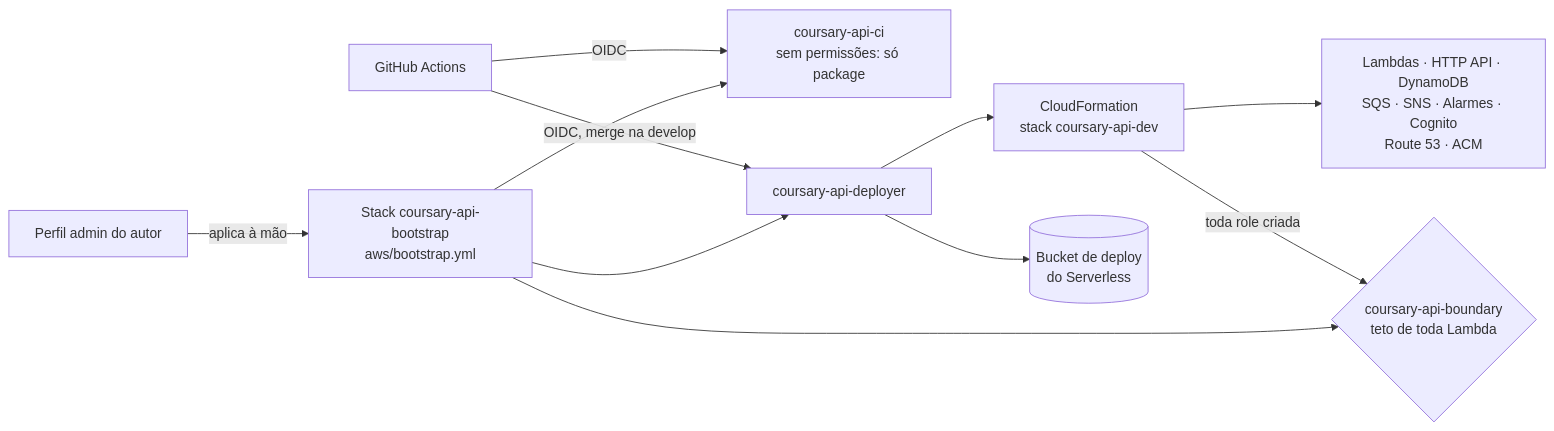
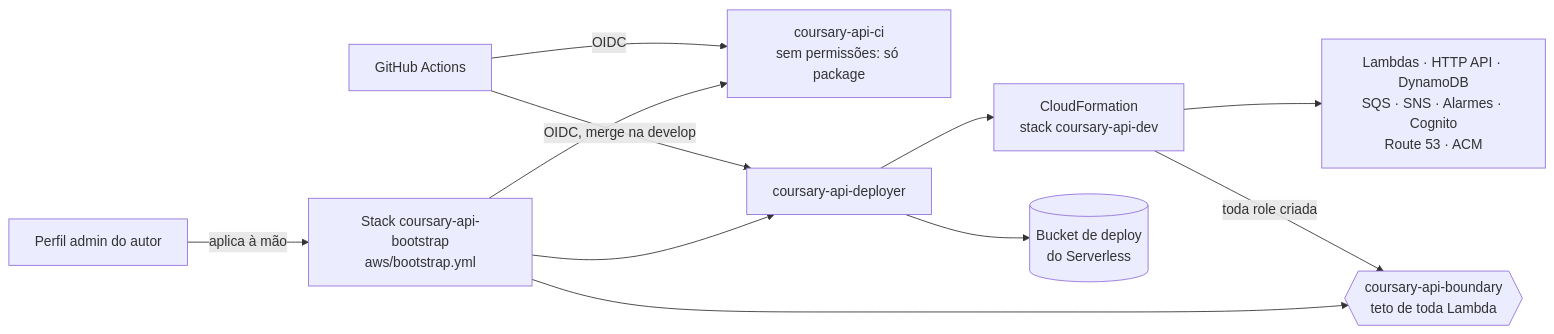
One commit to joaosoarees/coursary-api changed the third of 3 diagrams in docs/system-design.md. Above: the diagram before and after it, drawn with Mermaid. The commit also changed other lines of this file, not shown here.

````diff
--- a/docs/system-design.md
+++ b/docs/system-design.md
@@ -128,11 +138,11 @@
 ```mermaid
 flowchart LR
   gh[GitHub Actions] -->|OIDC| ci[coursary-api-ci<br/>sem permissões: só package]
   gh -->|OIDC, merge na develop| dep[coursary-api-deployer]
   dep --> cfn[CloudFormation<br/>stack coursary-api-dev]
   dep --> bucket[(Bucket de deploy<br/>do Serverless)]
   cfn --> res[Lambdas · HTTP API · DynamoDB<br/>SQS · SNS · Alarmes · Cognito<br/>Route 53 · ACM]
-  cfn -->|toda role criada| boundary{coursary-api-boundary<br/>teto de toda Lambda}
+  cfn -->|toda role criada| boundary{{coursary-api-boundary<br/>teto de toda Lambda}}
   admin[Perfil admin do autor] -->|aplica à mão| boot[Stack coursary-api-bootstrap<br/>aws/bootstrap.yml]
   boot --> ci & dep & boundary
 ```
````
